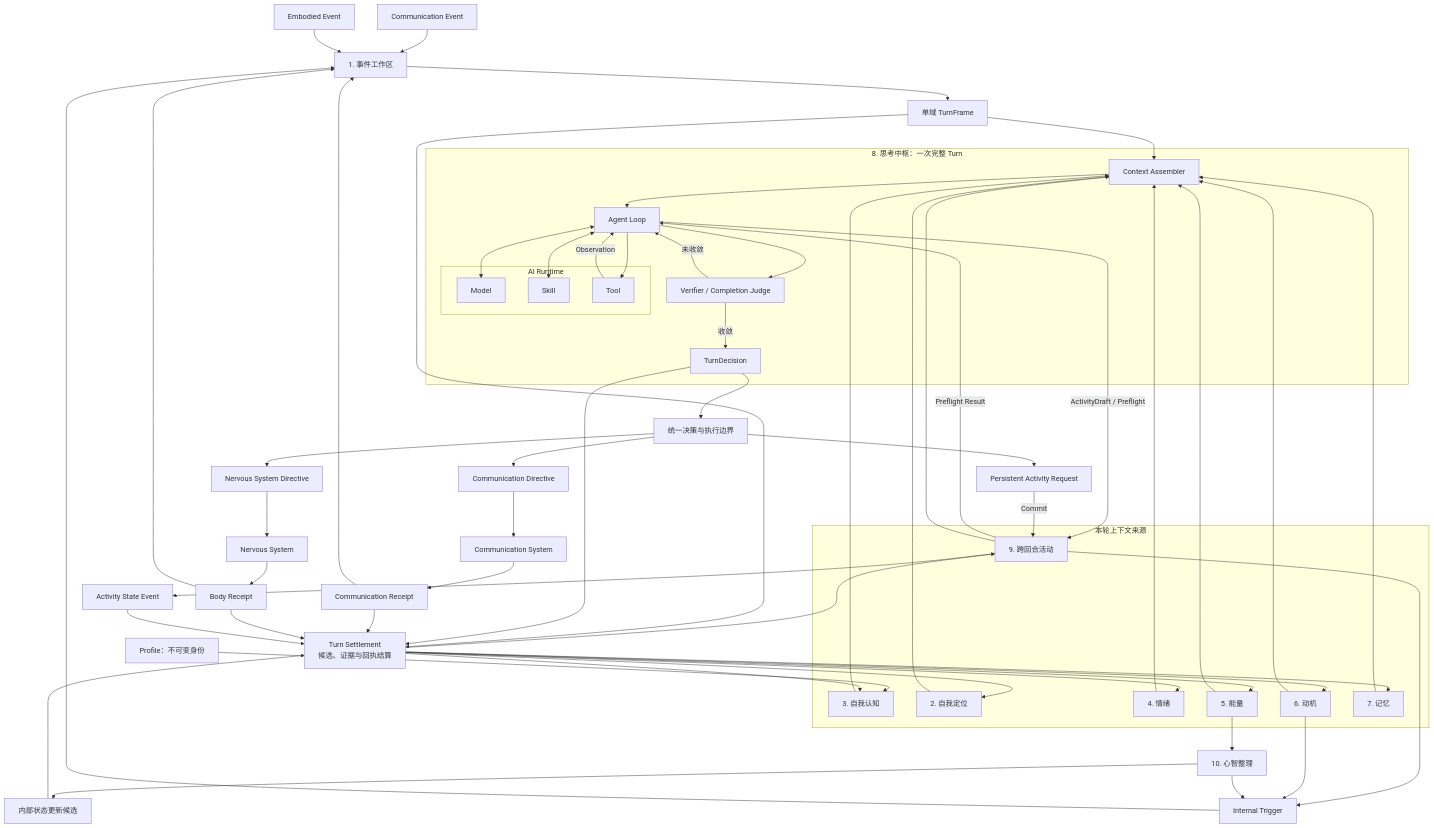
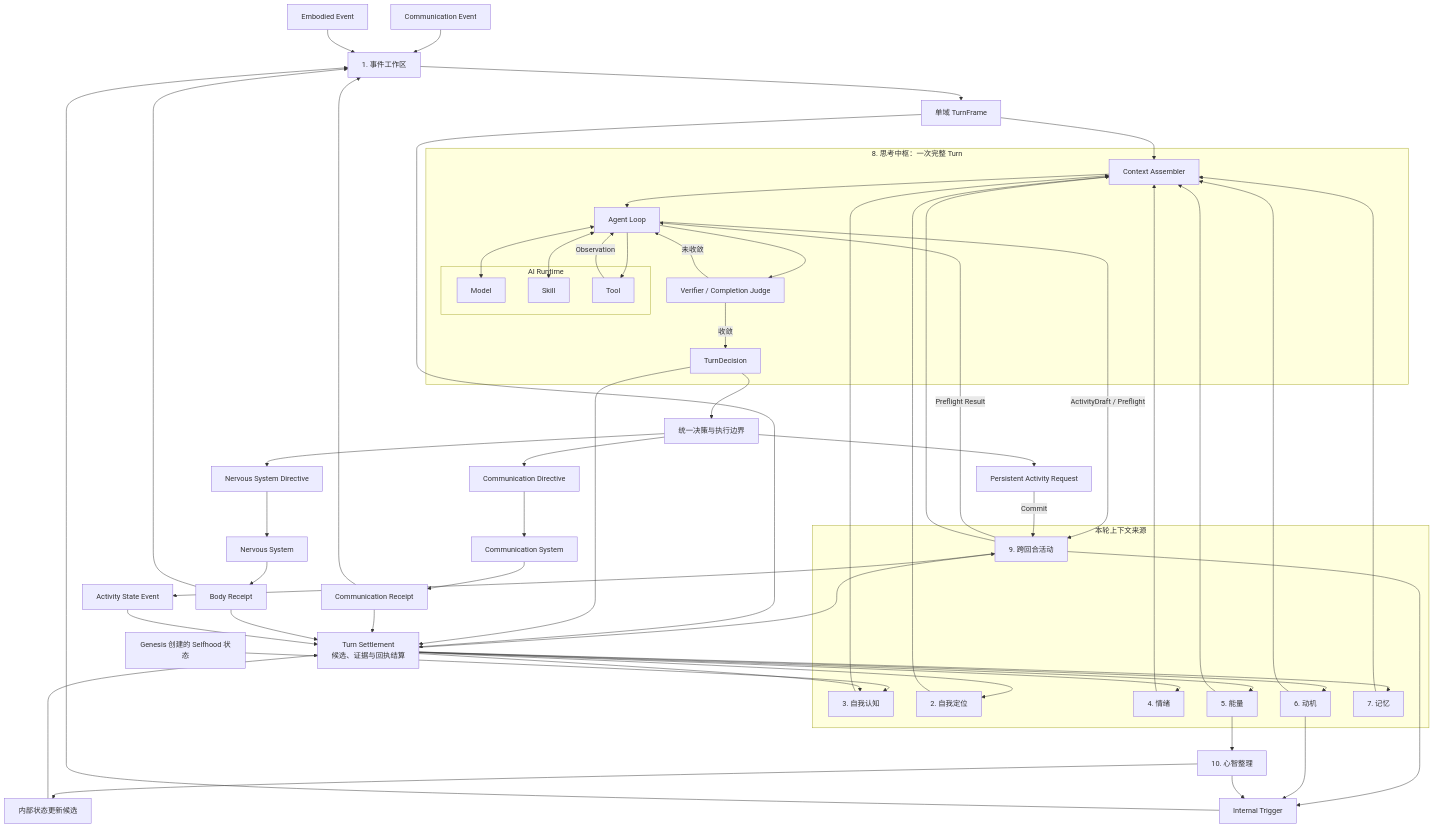
One commit to elfie-univ/ElfieNest changed the diagram in docs/zh/developer/designs/elfie-brain-ten-system-architecture.md. Above: the diagram before and after it, drawn with Mermaid. The commit also changed other lines of this file and 106 other files, not shown here.

````diff
--- a/docs/zh/developer/designs/elfie-brain-ten-system-architecture.md
+++ b/docs/zh/developer/designs/elfie-brain-ten-system-architecture.md
@@ -402,80 +400,80 @@
 ```mermaid
 flowchart TB
     C["Communication Event"] --> EW["1. 事件工作区"]
     B["Embodied Event"] --> EW
     IT["Internal Trigger"] --> EW
     CR["Communication Receipt"] --> EW
     BR["Body Receipt"] --> EW
     EW --> TF["单域 TurnFrame"]
 
-    P["Profile：不可变身份"] --> SH["3. 自我认知"]
+    GS["Genesis 创建的 Selfhood 状态"] --> SH["3. 自我认知"]
 
     subgraph STATE["本轮上下文来源"]
         OR["2. 自我定位"]
         SH
         EM["4. 情绪"]
         EN["5. 能量"]
         MO["6. 动机"]
         ME["7. 记忆"]
         AC["9. 跨回合活动"]
     end
 
     subgraph RC["8. 思考中枢：一次完整 Turn"]
         CA["Context Assembler"] --> LOOP["Agent Loop"]
 
         subgraph AIR["AI Runtime"]
             MODEL["Model"]
             SKILL["Skill"]
             TOOL["Tool"]
         end
 
         LOOP <--> MODEL
         LOOP <--> SKILL
         LOOP --> TOOL
         TOOL -->|"Observation"| LOOP
         LOOP -->|"ActivityDraft / Preflight"| AC
         AC -->|"Preflight Result"| LOOP
         LOOP --> CHECK["Verifier / Completion Judge"]
         CHECK -->|"未收敛"| LOOP
         CHECK -->|"收敛"| TD["TurnDecision"]
     end
 
     TF --> CA
     OR --> CA
     SH --> CA
     EM --> CA
     EN --> CA
     MO --> CA
     ME --> CA
     AC --> CA
 
     TD --> DB["统一决策与执行边界"]
     DB --> CD["Communication Directive"]
     DB --> ND["Nervous System Directive"]
     DB --> PR["Persistent Activity Request"]
 
     CD --> COM["Communication System"] --> CR
     ND --> NS["Nervous System"] --> BR
     PR -->|"Commit"| AC
 
     AC --> IT
     MO --> IT
 
     EN --> CC["10. 心智整理"]
     CC --> IC["内部状态更新候选"]
     CC --> IT
 
     TF --> TS["Turn Settlement<br/>候选、证据与回执结算"]
     TD --> TS
     CR --> TS
     BR --> TS
     AC --> AS["Activity State Event"] --> TS
     IC --> TS
     TS --> OR
     TS --> SH
     TS --> EM
     TS --> EN
     TS --> MO
     TS --> ME
     TS --> AC
 ```
````
